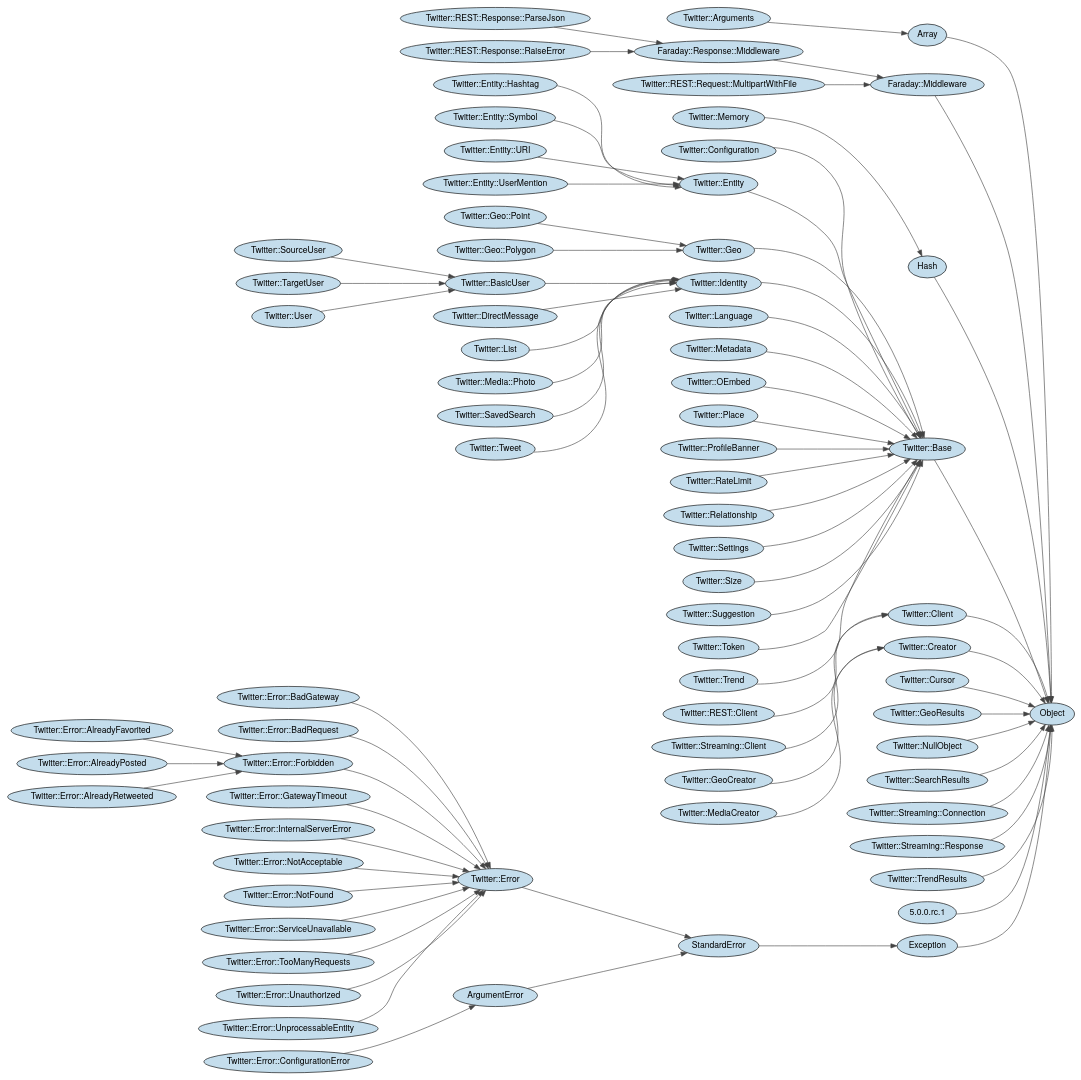
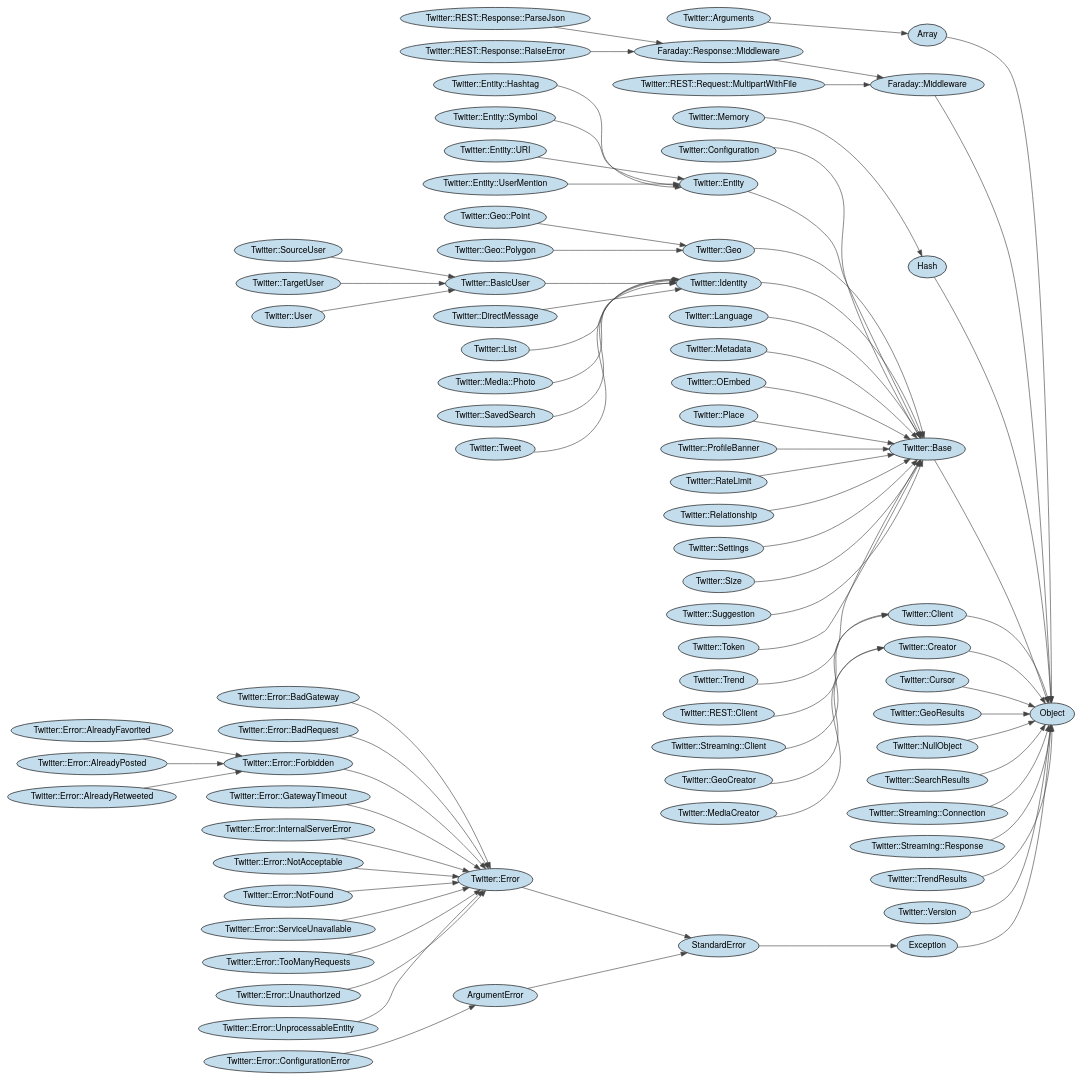
One commit to sferik/twitter-ruby changed the diagram in etc/erd.dot. Above: the diagram before and after it, drawn with Graphviz. The commit also changed 3 other files, not shown here.

Commit message:
Use Class#name instead of Class#to_s for ERD class names

```diff
--- a/etc/erd.dot
+++ b/etc/erd.dot
@@ -1,153 +1,153 @@
 digraph classes {
 	graph [rotate=0, rankdir="LR"]
 	node [fillcolor="#c4ddec", style="filled", fontname="Helvetica Neue"]
 	edge [color="#444444"]
 	ArgumentError [label="ArgumentError"]
 	Array [label="Array"]
 	Exception [label="Exception"]
 	Faraday__Middleware [label="Faraday::Middleware"]
 	Faraday__Response__Middleware [label="Faraday::Response::Middleware"]
 	Hash [label="Hash"]
 	StandardError [label="StandardError"]
 	Twitter__Arguments [label="Twitter::Arguments"]
 	Twitter__Base [label="Twitter::Base"]
 	Twitter__BasicUser [label="Twitter::BasicUser"]
 	Twitter__Client [label="Twitter::Client"]
 	Twitter__Configuration [label="Twitter::Configuration"]
 	Twitter__Creator [label="Twitter::Creator"]
 	Twitter__Cursor [label="Twitter::Cursor"]
 	Twitter__DirectMessage [label="Twitter::DirectMessage"]
 	Twitter__Entity [label="Twitter::Entity"]
 	Twitter__Entity__Hashtag [label="Twitter::Entity::Hashtag"]
 	Twitter__Entity__Symbol [label="Twitter::Entity::Symbol"]
 	Twitter__Entity__URI [label="Twitter::Entity::URI"]
 	Twitter__Entity__UserMention [label="Twitter::Entity::UserMention"]
 	Twitter__Error [label="Twitter::Error"]
 	Twitter__Error__AlreadyFavorited [label="Twitter::Error::AlreadyFavorited"]
 	Twitter__Error__AlreadyPosted [label="Twitter::Error::AlreadyPosted"]
 	Twitter__Error__AlreadyRetweeted [label="Twitter::Error::AlreadyRetweeted"]
 	Twitter__Error__BadGateway [label="Twitter::Error::BadGateway"]
 	Twitter__Error__BadRequest [label="Twitter::Error::BadRequest"]
 	Twitter__Error__ConfigurationError [label="Twitter::Error::ConfigurationError"]
 	Twitter__Error__Forbidden [label="Twitter::Error::Forbidden"]
 	Twitter__Error__GatewayTimeout [label="Twitter::Error::GatewayTimeout"]
 	Twitter__Error__InternalServerError [label="Twitter::Error::InternalServerError"]
 	Twitter__Error__NotAcceptable [label="Twitter::Error::NotAcceptable"]
 	Twitter__Error__NotFound [label="Twitter::Error::NotFound"]
 	Twitter__Error__ServiceUnavailable [label="Twitter::Error::ServiceUnavailable"]
 	Twitter__Error__TooManyRequests [label="Twitter::Error::TooManyRequests"]
 	Twitter__Error__Unauthorized [label="Twitter::Error::Unauthorized"]
 	Twitter__Error__UnprocessableEntity [label="Twitter::Error::UnprocessableEntity"]
 	Twitter__Geo [label="Twitter::Geo"]
 	Twitter__GeoCreator [label="Twitter::GeoCreator"]
 	Twitter__GeoResults [label="Twitter::GeoResults"]
 	Twitter__Geo__Point [label="Twitter::Geo::Point"]
 	Twitter__Geo__Polygon [label="Twitter::Geo::Polygon"]
 	Twitter__Identity [label="Twitter::Identity"]
 	Twitter__Language [label="Twitter::Language"]
 	Twitter__List [label="Twitter::List"]
 	Twitter__MediaCreator [label="Twitter::MediaCreator"]
 	Twitter__Media__Photo [label="Twitter::Media::Photo"]
 	Twitter__Memory [label="Twitter::Memory"]
 	Twitter__Metadata [label="Twitter::Metadata"]
 	Twitter__NullObject [label="Twitter::NullObject"]
 	Twitter__OEmbed [label="Twitter::OEmbed"]
 	Twitter__Place [label="Twitter::Place"]
 	Twitter__ProfileBanner [label="Twitter::ProfileBanner"]
 	Twitter__REST__Client [label="Twitter::REST::Client"]
 	Twitter__REST__Request__MultipartWithFile [label="Twitter::REST::Request::MultipartWithFile"]
 	Twitter__REST__Response__ParseJson [label="Twitter::REST::Response::ParseJson"]
 	Twitter__REST__Response__RaiseError [label="Twitter::REST::Response::RaiseError"]
 	Twitter__RateLimit [label="Twitter::RateLimit"]
 	Twitter__Relationship [label="Twitter::Relationship"]
 	Twitter__SavedSearch [label="Twitter::SavedSearch"]
 	Twitter__SearchResults [label="Twitter::SearchResults"]
 	Twitter__Settings [label="Twitter::Settings"]
 	Twitter__Size [label="Twitter::Size"]
 	Twitter__SourceUser [label="Twitter::SourceUser"]
 	Twitter__Streaming__Client [label="Twitter::Streaming::Client"]
 	Twitter__Streaming__Connection [label="Twitter::Streaming::Connection"]
 	Twitter__Streaming__Response [label="Twitter::Streaming::Response"]
 	Twitter__Suggestion [label="Twitter::Suggestion"]
 	Twitter__TargetUser [label="Twitter::TargetUser"]
 	Twitter__Token [label="Twitter::Token"]
 	Twitter__Trend [label="Twitter::Trend"]
 	Twitter__TrendResults [label="Twitter::TrendResults"]
 	Twitter__Tweet [label="Twitter::Tweet"]
 	Twitter__User [label="Twitter::User"]
-	Twitter__Version [label="5.0.0.rc.1"]
+	Twitter__Version [label="Twitter::Version"]
 	ArgumentError -> StandardError
 	Array -> Object
 	Exception -> Object
 	Faraday__Middleware -> Object
 	Faraday__Response__Middleware -> Faraday__Middleware
 	Hash -> Object
 	StandardError -> Exception
 	Twitter__Arguments -> Array
 	Twitter__Base -> Object
 	Twitter__BasicUser -> Twitter__Identity
 	Twitter__Client -> Object
 	Twitter__Configuration -> Twitter__Base
 	Twitter__Creator -> Object
 	Twitter__Cursor -> Object
 	Twitter__DirectMessage -> Twitter__Identity
 	Twitter__Entity -> Twitter__Base
 	Twitter__Entity__Hashtag -> Twitter__Entity
 	Twitter__Entity__Symbol -> Twitter__Entity
 	Twitter__Entity__URI -> Twitter__Entity
 	Twitter__Entity__UserMention -> Twitter__Entity
 	Twitter__Error -> StandardError
 	Twitter__Error__AlreadyFavorited -> Twitter__Error__Forbidden
 	Twitter__Error__AlreadyPosted -> Twitter__Error__Forbidden
 	Twitter__Error__AlreadyRetweeted -> Twitter__Error__Forbidden
 	Twitter__Error__BadGateway -> Twitter__Error
 	Twitter__Error__BadRequest -> Twitter__Error
 	Twitter__Error__ConfigurationError -> ArgumentError
 	Twitter__Error__Forbidden -> Twitter__Error
 	Twitter__Error__GatewayTimeout -> Twitter__Error
 	Twitter__Error__InternalServerError -> Twitter__Error
 	Twitter__Error__NotAcceptable -> Twitter__Error
 	Twitter__Error__NotFound -> Twitter__Error
 	Twitter__Error__ServiceUnavailable -> Twitter__Error
 	Twitter__Error__TooManyRequests -> Twitter__Error
 	Twitter__Error__Unauthorized -> Twitter__Error
 	Twitter__Error__UnprocessableEntity -> Twitter__Error
 	Twitter__Geo -> Twitter__Base
 	Twitter__GeoCreator -> Twitter__Creator
 	Twitter__GeoResults -> Object
 	Twitter__Geo__Point -> Twitter__Geo
 	Twitter__Geo__Polygon -> Twitter__Geo
 	Twitter__Identity -> Twitter__Base
 	Twitter__Language -> Twitter__Base
 	Twitter__List -> Twitter__Identity
 	Twitter__MediaCreator -> Twitter__Creator
 	Twitter__Media__Photo -> Twitter__Identity
 	Twitter__Memory -> Hash
 	Twitter__Metadata -> Twitter__Base
 	Twitter__NullObject -> Object
 	Twitter__OEmbed -> Twitter__Base
 	Twitter__Place -> Twitter__Base
 	Twitter__ProfileBanner -> Twitter__Base
 	Twitter__REST__Client -> Twitter__Client
 	Twitter__REST__Request__MultipartWithFile -> Faraday__Middleware
 	Twitter__REST__Response__ParseJson -> Faraday__Response__Middleware
 	Twitter__REST__Response__RaiseError -> Faraday__Response__Middleware
 	Twitter__RateLimit -> Twitter__Base
 	Twitter__Relationship -> Twitter__Base
 	Twitter__SavedSearch -> Twitter__Identity
 	Twitter__SearchResults -> Object
 	Twitter__Settings -> Twitter__Base
 	Twitter__Size -> Twitter__Base
 	Twitter__SourceUser -> Twitter__BasicUser
 	Twitter__Streaming__Client -> Twitter__Client
 	Twitter__Streaming__Connection -> Object
 	Twitter__Streaming__Response -> Object
 	Twitter__Suggestion -> Twitter__Base
 	Twitter__TargetUser -> Twitter__BasicUser
 	Twitter__Token -> Twitter__Base
 	Twitter__Trend -> Twitter__Base
 	Twitter__TrendResults -> Object
 	Twitter__Tweet -> Twitter__Identity
 	Twitter__User -> Twitter__BasicUser
 	Twitter__Version -> Object
 }
```
